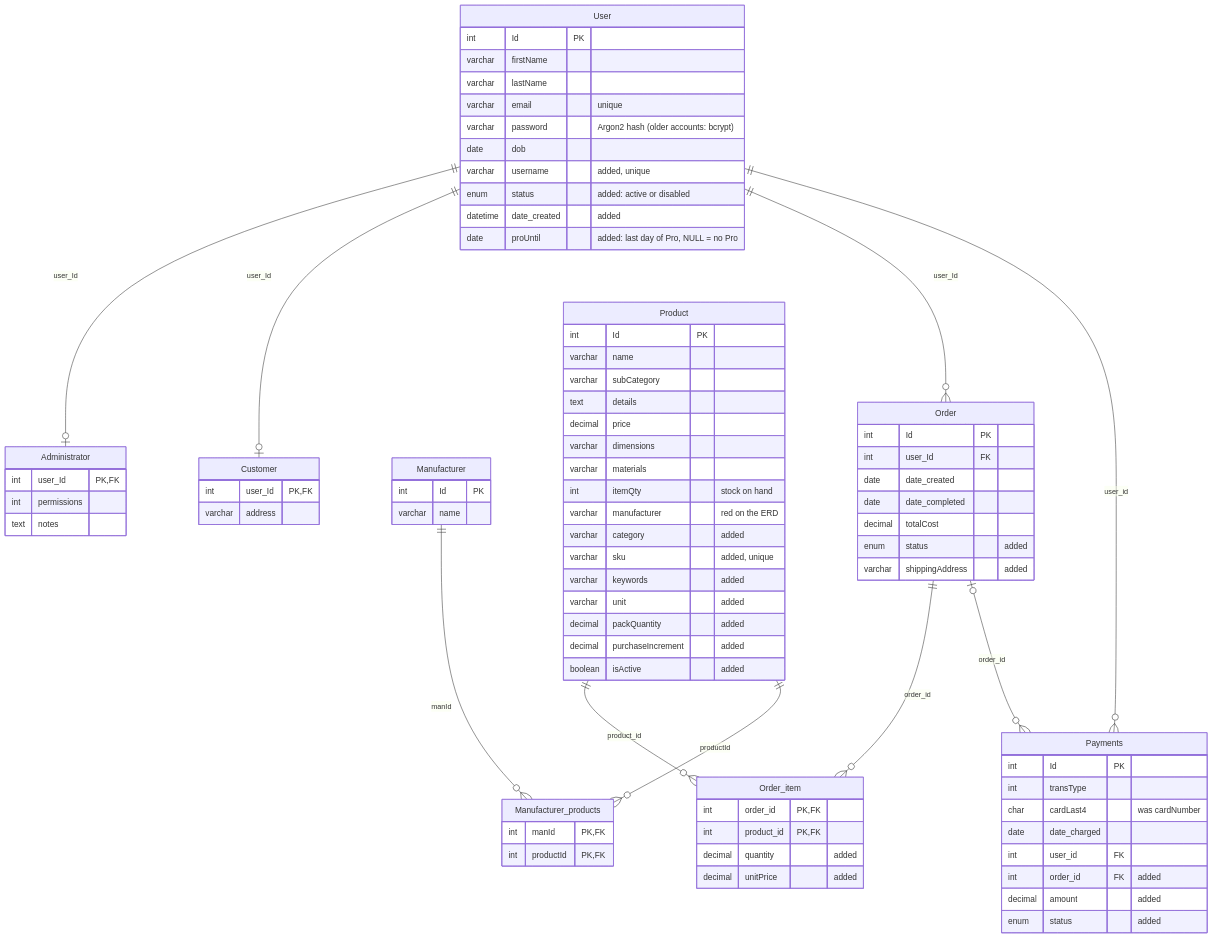
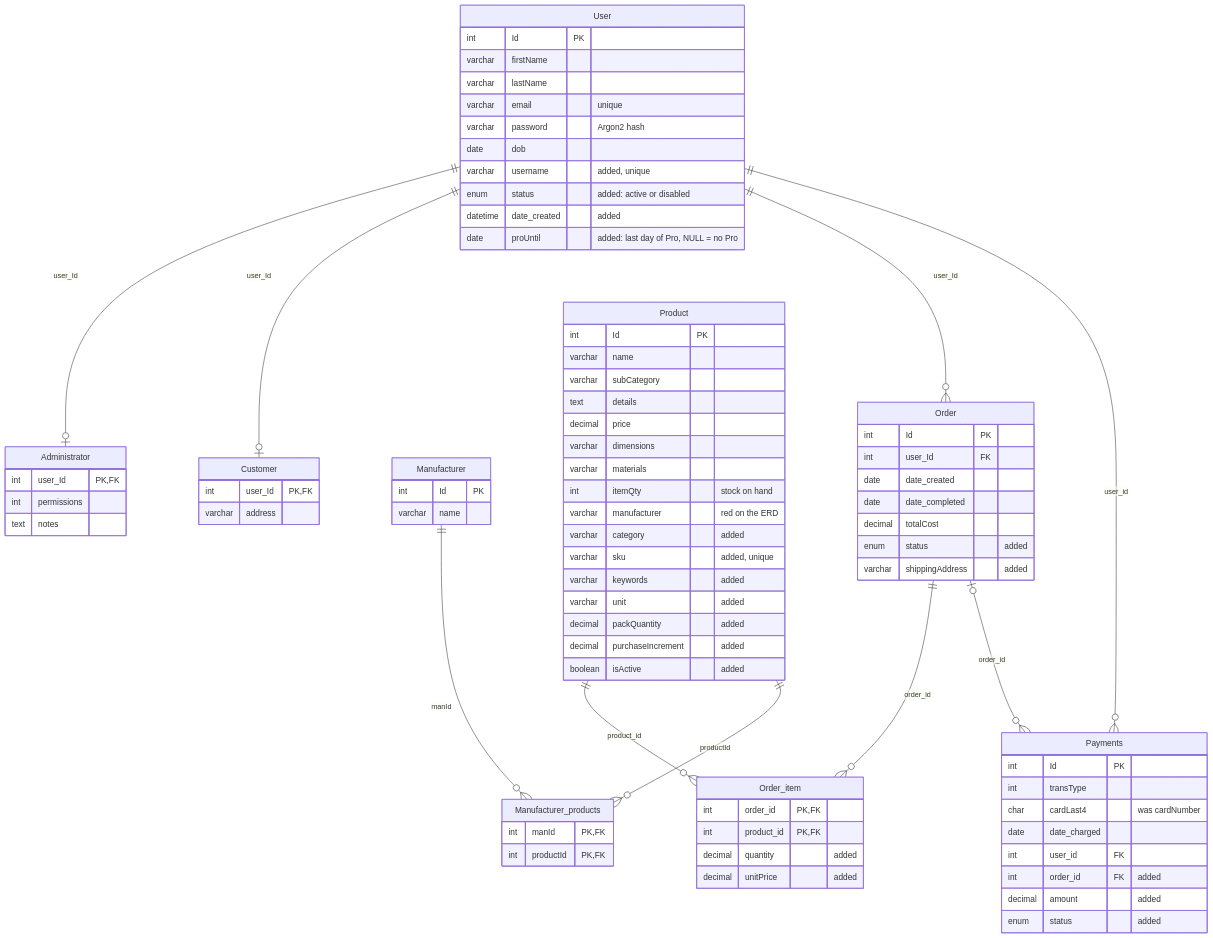
The first of 2 diagrams in docs/database_erd.md (Matthewh1225/Group-Class-Construction-Website), drawn with Mermaid before and after one commit. The commit also changed 95 other files, not shown here.

```diff
--- a/docs/database_erd.md
+++ b/docs/database_erd.md
@@ -10,7 +10,7 @@
         varchar firstName
         varchar lastName
         varchar email "unique"
-        varchar password "Argon2 hash (older accounts: bcrypt)"
+        varchar password "Argon2 hash"
         date dob
         varchar username "added, unique"
         enum status "added: active or disabled"
```
